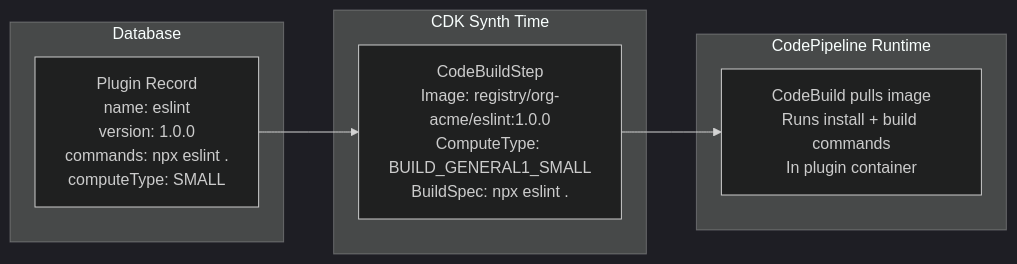
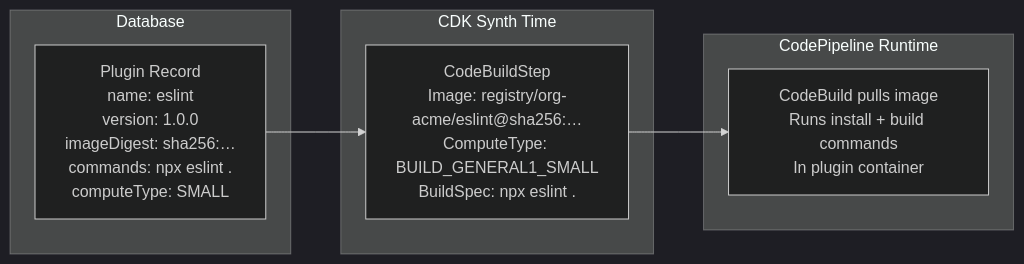
One commit to mwashburn160/pipeline-builder changed the ninth of 10 diagrams in docs/architecture-flow.md. Above: the diagram before and after it, drawn with Mermaid (dark theme). The commit also changed other lines of this file and 107 other files, not shown here.

````diff
--- a/docs/architecture-flow.md
+++ b/docs/architecture-flow.md
@@ -266,16 +288,16 @@
 ```mermaid
 flowchart LR
     subgraph Database
-        Plugin[Plugin Record<br/>name: eslint<br/>version: 1.0.0<br/>commands: npx eslint .<br/>computeType: SMALL]
+        Plugin[Plugin Record<br/>name: eslint<br/>version: 1.0.0<br/>imageDigest: sha256:…<br/>commands: npx eslint .<br/>computeType: SMALL]
     end
 
     subgraph "CDK Synth Time"
-        CBS[CodeBuildStep<br/>Image: registry/org-acme/eslint:1.0.0<br/>ComputeType: BUILD_GENERAL1_SMALL<br/>BuildSpec: npx eslint .]
+        CBS[CodeBuildStep<br/>Image: registry/org-acme/eslint@sha256:…<br/>ComputeType: BUILD_GENERAL1_SMALL<br/>BuildSpec: npx eslint .]
     end
 
     subgraph "CodePipeline Runtime"
         CB2[CodeBuild pulls image<br/>Runs install + build commands<br/>In plugin container]
     end
 
     Plugin --> CBS --> CB2
 ```
````
